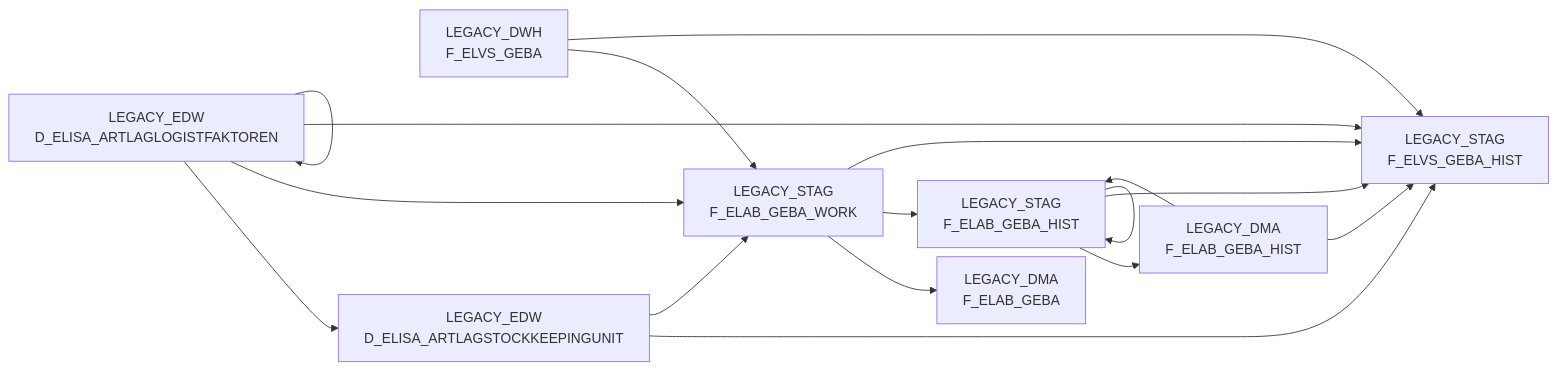
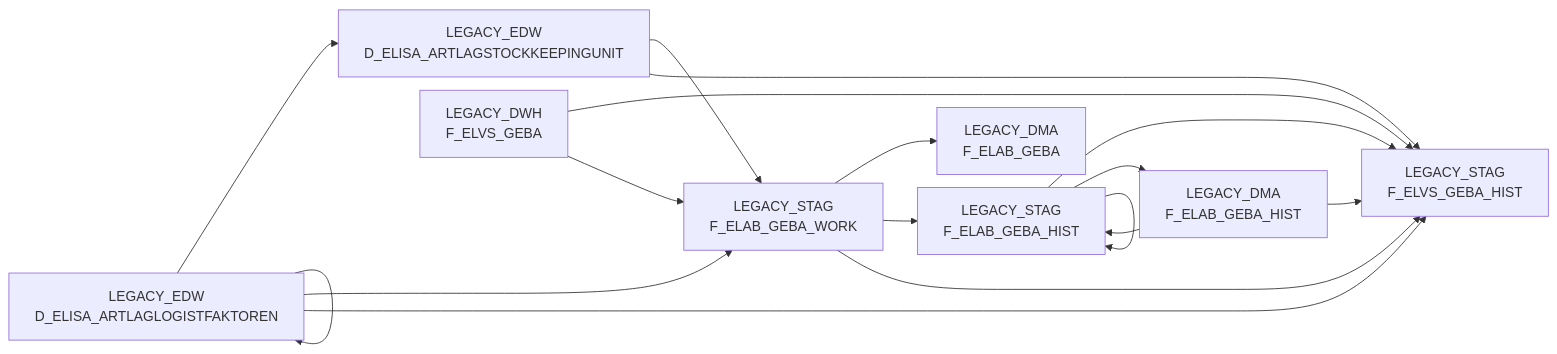
The diagram in docs/Applications/BDWH_ELABGEBA/index.md (integration-factory-de/sas_code_docs), drawn with Mermaid before and after one commit. The commit also changed other lines of this file and 129 other files, not shown here.

````diff
--- a/docs/Applications/BDWH_ELABGEBA/index.md
+++ b/docs/Applications/BDWH_ELABGEBA/index.md
@@ -21,54 +35,54 @@
 ```mermaid
 %%{init: {'flowchart': { 'nodeSpacing': 10, 'rankSpacing': 40, 'rankdir': 'TB' }}}%%
 
 flowchart LR
 
-  LEGACY_DWH.F_ELVS_GEBA["LEGACY_DWH<br/>F_ELVS_GEBA"] --> LEGACY_STAG.F_ELAB_GEBA_WORK["LEGACY_STAG<br/>F_ELAB_GEBA_WORK"]
-  LEGACY_STAG.F_ELAB_GEBA_HIST["LEGACY_STAG<br/>F_ELAB_GEBA_HIST"] --> LEGACY_DMA.F_ELAB_GEBA_HIST["LEGACY_DMA<br/>F_ELAB_GEBA_HIST"]
-  LEGACY_STAG.F_ELAB_GEBA_HIST["LEGACY_STAG<br/>F_ELAB_GEBA_HIST"] --> LEGACY_STAG.F_ELAB_GEBA_HIST["LEGACY_STAG<br/>F_ELAB_GEBA_HIST"]
-  LEGACY_EDW.D_ELISA_ARTLAGSTOCKKEEPINGUNIT["LEGACY_EDW<br/>D_ELISA_ARTLAGSTOCKKEEPINGUNIT"] --> LEGACY_STAG.F_ELVS_GEBA_HIST["LEGACY_STAG<br/>F_ELVS_GEBA_HIST"]
   LEGACY_STAG.F_ELAB_GEBA_WORK["LEGACY_STAG<br/>F_ELAB_GEBA_WORK"] --> LEGACY_DMA.F_ELAB_GEBA["LEGACY_DMA<br/>F_ELAB_GEBA"]
   LEGACY_DMA.F_ELAB_GEBA_HIST["LEGACY_DMA<br/>F_ELAB_GEBA_HIST"] --> LEGACY_STAG.F_ELAB_GEBA_HIST["LEGACY_STAG<br/>F_ELAB_GEBA_HIST"]
   LEGACY_STAG.F_ELAB_GEBA_WORK["LEGACY_STAG<br/>F_ELAB_GEBA_WORK"] --> LEGACY_STAG.F_ELAB_GEBA_HIST["LEGACY_STAG<br/>F_ELAB_GEBA_HIST"]
   LEGACY_EDW.D_ELISA_ARTLAGLOGISTFAKTOREN["LEGACY_EDW<br/>D_ELISA_ARTLAGLOGISTFAKTOREN"] --> LEGACY_EDW.D_ELISA_ARTLAGSTOCKKEEPINGUNIT["LEGACY_EDW<br/>D_ELISA_ARTLAGSTOCKKEEPINGUNIT"]
   LEGACY_EDW.D_ELISA_ARTLAGSTOCKKEEPINGUNIT["LEGACY_EDW<br/>D_ELISA_ARTLAGSTOCKKEEPINGUNIT"] --> LEGACY_STAG.F_ELAB_GEBA_WORK["LEGACY_STAG<br/>F_ELAB_GEBA_WORK"]
   LEGACY_STAG.F_ELAB_GEBA_HIST["LEGACY_STAG<br/>F_ELAB_GEBA_HIST"] --> LEGACY_STAG.F_ELVS_GEBA_HIST["LEGACY_STAG<br/>F_ELVS_GEBA_HIST"]
   LEGACY_EDW.D_ELISA_ARTLAGLOGISTFAKTOREN["LEGACY_EDW<br/>D_ELISA_ARTLAGLOGISTFAKTOREN"] --> LEGACY_STAG.F_ELAB_GEBA_WORK["LEGACY_STAG<br/>F_ELAB_GEBA_WORK"]
   LEGACY_EDW.D_ELISA_ARTLAGLOGISTFAKTOREN["LEGACY_EDW<br/>D_ELISA_ARTLAGLOGISTFAKTOREN"] --> LEGACY_STAG.F_ELVS_GEBA_HIST["LEGACY_STAG<br/>F_ELVS_GEBA_HIST"]
   LEGACY_DWH.F_ELVS_GEBA["LEGACY_DWH<br/>F_ELVS_GEBA"] --> LEGACY_STAG.F_ELVS_GEBA_HIST["LEGACY_STAG<br/>F_ELVS_GEBA_HIST"]
   LEGACY_DMA.F_ELAB_GEBA_HIST["LEGACY_DMA<br/>F_ELAB_GEBA_HIST"] --> LEGACY_STAG.F_ELVS_GEBA_HIST["LEGACY_STAG<br/>F_ELVS_GEBA_HIST"]
   LEGACY_EDW.D_ELISA_ARTLAGLOGISTFAKTOREN["LEGACY_EDW<br/>D_ELISA_ARTLAGLOGISTFAKTOREN"] --> LEGACY_EDW.D_ELISA_ARTLAGLOGISTFAKTOREN["LEGACY_EDW<br/>D_ELISA_ARTLAGLOGISTFAKTOREN"]
   LEGACY_STAG.F_ELAB_GEBA_WORK["LEGACY_STAG<br/>F_ELAB_GEBA_WORK"] --> LEGACY_STAG.F_ELVS_GEBA_HIST["LEGACY_STAG<br/>F_ELVS_GEBA_HIST"]
-  click LEGACY_DWH.F_ELVS_GEBA "../../tables/LEGACY_DWH/F_ELVS_GEBA"
-  click LEGACY_STAG.F_ELAB_GEBA_HIST "../../tables/LEGACY_STAG/F_ELAB_GEBA_HIST"
-  click LEGACY_STAG.F_ELAB_GEBA_HIST "../../tables/LEGACY_STAG/F_ELAB_GEBA_HIST"
-  click LEGACY_EDW.D_ELISA_ARTLAGSTOCKKEEPINGUNIT "../../tables/LEGACY_EDW/D_ELISA_ARTLAGSTOCKKEEPINGUNIT"
+  LEGACY_DWH.F_ELVS_GEBA["LEGACY_DWH<br/>F_ELVS_GEBA"] --> LEGACY_STAG.F_ELAB_GEBA_WORK["LEGACY_STAG<br/>F_ELAB_GEBA_WORK"]
+  LEGACY_STAG.F_ELAB_GEBA_HIST["LEGACY_STAG<br/>F_ELAB_GEBA_HIST"] --> LEGACY_DMA.F_ELAB_GEBA_HIST["LEGACY_DMA<br/>F_ELAB_GEBA_HIST"]
+  LEGACY_STAG.F_ELAB_GEBA_HIST["LEGACY_STAG<br/>F_ELAB_GEBA_HIST"] --> LEGACY_STAG.F_ELAB_GEBA_HIST["LEGACY_STAG<br/>F_ELAB_GEBA_HIST"]
+  LEGACY_EDW.D_ELISA_ARTLAGSTOCKKEEPINGUNIT["LEGACY_EDW<br/>D_ELISA_ARTLAGSTOCKKEEPINGUNIT"] --> LEGACY_STAG.F_ELVS_GEBA_HIST["LEGACY_STAG<br/>F_ELVS_GEBA_HIST"]
   click LEGACY_STAG.F_ELAB_GEBA_WORK "../../tables/LEGACY_STAG/F_ELAB_GEBA_WORK"
   click LEGACY_DMA.F_ELAB_GEBA_HIST "../../tables/LEGACY_DMA/F_ELAB_GEBA_HIST"
   click LEGACY_STAG.F_ELAB_GEBA_WORK "../../tables/LEGACY_STAG/F_ELAB_GEBA_WORK"
   click LEGACY_EDW.D_ELISA_ARTLAGLOGISTFAKTOREN "../../tables/LEGACY_EDW/D_ELISA_ARTLAGLOGISTFAKTOREN"
   click LEGACY_EDW.D_ELISA_ARTLAGSTOCKKEEPINGUNIT "../../tables/LEGACY_EDW/D_ELISA_ARTLAGSTOCKKEEPINGUNIT"
   click LEGACY_STAG.F_ELAB_GEBA_HIST "../../tables/LEGACY_STAG/F_ELAB_GEBA_HIST"
   click LEGACY_EDW.D_ELISA_ARTLAGLOGISTFAKTOREN "../../tables/LEGACY_EDW/D_ELISA_ARTLAGLOGISTFAKTOREN"
   click LEGACY_EDW.D_ELISA_ARTLAGLOGISTFAKTOREN "../../tables/LEGACY_EDW/D_ELISA_ARTLAGLOGISTFAKTOREN"
   click LEGACY_DWH.F_ELVS_GEBA "../../tables/LEGACY_DWH/F_ELVS_GEBA"
   click LEGACY_DMA.F_ELAB_GEBA_HIST "../../tables/LEGACY_DMA/F_ELAB_GEBA_HIST"
   click LEGACY_EDW.D_ELISA_ARTLAGLOGISTFAKTOREN "../../tables/LEGACY_EDW/D_ELISA_ARTLAGLOGISTFAKTOREN"
   click LEGACY_STAG.F_ELAB_GEBA_WORK "../../tables/LEGACY_STAG/F_ELAB_GEBA_WORK"
-  click LEGACY_STAG.F_ELAB_GEBA_WORK "../../tables/LEGACY_STAG/F_ELAB_GEBA_WORK"
-  click LEGACY_DMA.F_ELAB_GEBA_HIST "../../tables/LEGACY_DMA/F_ELAB_GEBA_HIST"
+  click LEGACY_DWH.F_ELVS_GEBA "../../tables/LEGACY_DWH/F_ELVS_GEBA"
   click LEGACY_STAG.F_ELAB_GEBA_HIST "../../tables/LEGACY_STAG/F_ELAB_GEBA_HIST"
-  click LEGACY_STAG.F_ELVS_GEBA_HIST "../../tables/LEGACY_STAG/F_ELVS_GEBA_HIST"
+  click LEGACY_STAG.F_ELAB_GEBA_HIST "../../tables/LEGACY_STAG/F_ELAB_GEBA_HIST"
+  click LEGACY_EDW.D_ELISA_ARTLAGSTOCKKEEPINGUNIT "../../tables/LEGACY_EDW/D_ELISA_ARTLAGSTOCKKEEPINGUNIT"
   click LEGACY_DMA.F_ELAB_GEBA "../../tables/LEGACY_DMA/F_ELAB_GEBA"
   click LEGACY_STAG.F_ELAB_GEBA_HIST "../../tables/LEGACY_STAG/F_ELAB_GEBA_HIST"
   click LEGACY_STAG.F_ELAB_GEBA_HIST "../../tables/LEGACY_STAG/F_ELAB_GEBA_HIST"
   click LEGACY_EDW.D_ELISA_ARTLAGSTOCKKEEPINGUNIT "../../tables/LEGACY_EDW/D_ELISA_ARTLAGSTOCKKEEPINGUNIT"
   click LEGACY_STAG.F_ELAB_GEBA_WORK "../../tables/LEGACY_STAG/F_ELAB_GEBA_WORK"
   click LEGACY_STAG.F_ELVS_GEBA_HIST "../../tables/LEGACY_STAG/F_ELVS_GEBA_HIST"
   click LEGACY_STAG.F_ELAB_GEBA_WORK "../../tables/LEGACY_STAG/F_ELAB_GEBA_WORK"
   click LEGACY_STAG.F_ELVS_GEBA_HIST "../../tables/LEGACY_STAG/F_ELVS_GEBA_HIST"
   click LEGACY_STAG.F_ELVS_GEBA_HIST "../../tables/LEGACY_STAG/F_ELVS_GEBA_HIST"
   click LEGACY_STAG.F_ELVS_GEBA_HIST "../../tables/LEGACY_STAG/F_ELVS_GEBA_HIST"
   click LEGACY_EDW.D_ELISA_ARTLAGLOGISTFAKTOREN "../../tables/LEGACY_EDW/D_ELISA_ARTLAGLOGISTFAKTOREN"
   click LEGACY_STAG.F_ELVS_GEBA_HIST "../../tables/LEGACY_STAG/F_ELVS_GEBA_HIST"
+  click LEGACY_STAG.F_ELAB_GEBA_WORK "../../tables/LEGACY_STAG/F_ELAB_GEBA_WORK"
+  click LEGACY_DMA.F_ELAB_GEBA_HIST "../../tables/LEGACY_DMA/F_ELAB_GEBA_HIST"
+  click LEGACY_STAG.F_ELAB_GEBA_HIST "../../tables/LEGACY_STAG/F_ELAB_GEBA_HIST"
+  click LEGACY_STAG.F_ELVS_GEBA_HIST "../../tables/LEGACY_STAG/F_ELVS_GEBA_HIST"
 ```
````
